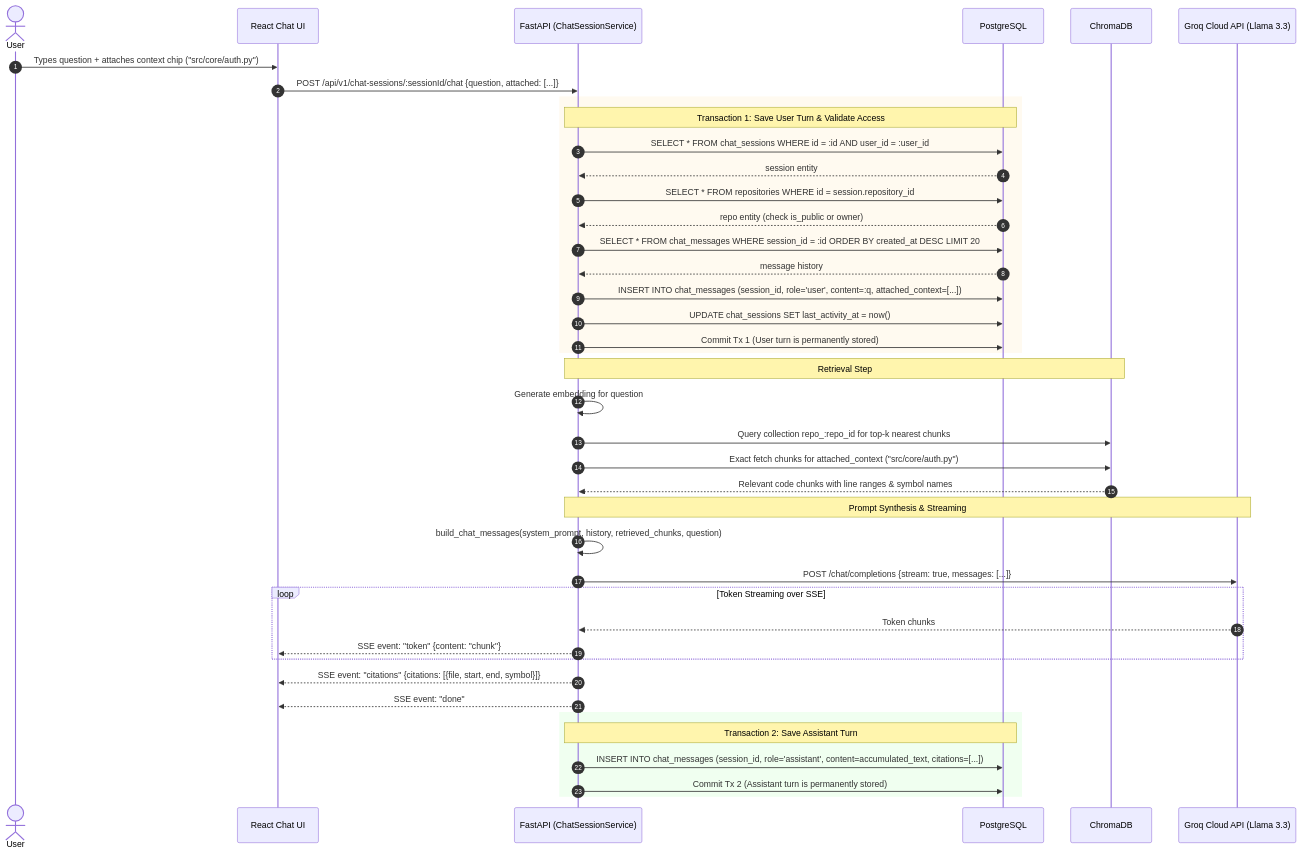
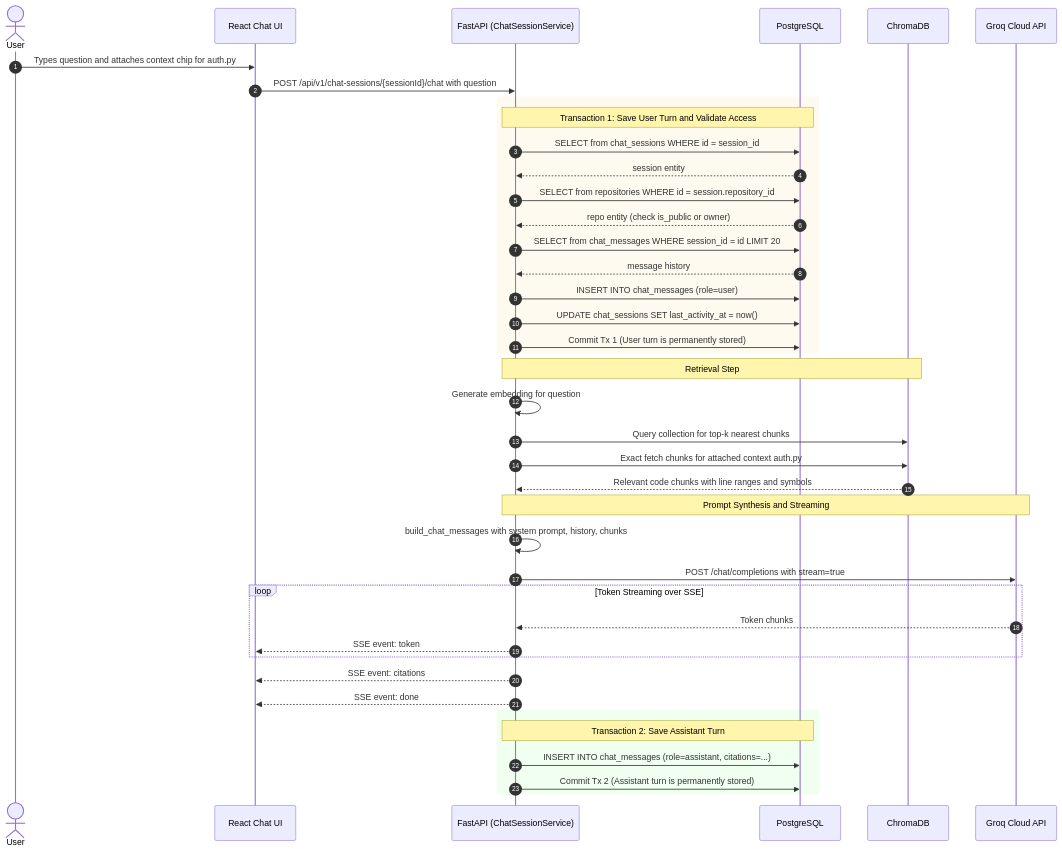
The second of 3 diagrams in vault/09-execution-and-data-flows.md (nikhil-87/CodeSensei), drawn with Mermaid before and after one commit. The commit also changed other lines of this file and 25 other files, not shown here.

Commit message:
docs: initialize comprehensive technical documentation, architecture diagrams, and verification guides in vault and docs directories

````diff
--- a/vault/09-execution-and-data-flows.md
+++ b/vault/09-execution-and-data-flows.md
@@ -98,50 +98,50 @@
 ```mermaid
 sequenceDiagram
     autonumber
     actor User
     participant Browser as React Chat UI
     participant API as FastAPI (ChatSessionService)
     participant DB as PostgreSQL
     participant Chroma as ChromaDB
-    participant LLM as Groq Cloud API (Llama 3.3)
+    participant LLM as Groq Cloud API
 
-    User->>Browser: Types question + attaches context chip ("src/core/auth.py")
-    Browser->>API: POST /api/v1/chat-sessions/:sessionId/chat {question, attached: [...]}
+    User->>Browser: Types question and attaches context chip for auth.py
+    Browser->>API: POST /api/v1/chat-sessions/{sessionId}/chat with question
 
     rect rgb(255, 250, 240)
-        Note over API,DB: Transaction 1: Save User Turn & Validate Access
-        API->>DB: SELECT * FROM chat_sessions WHERE id = :id AND user_id = :user_id
+        Note over API,DB: Transaction 1: Save User Turn and Validate Access
+        API->>DB: SELECT from chat_sessions WHERE id = session_id
         DB-->>API: session entity
-        API->>DB: SELECT * FROM repositories WHERE id = session.repository_id
+        API->>DB: SELECT from repositories WHERE id = session.repository_id
         DB-->>API: repo entity (check is_public or owner)
-        API->>DB: SELECT * FROM chat_messages WHERE session_id = :id ORDER BY created_at DESC LIMIT 20
+        API->>DB: SELECT from chat_messages WHERE session_id = id LIMIT 20
         DB-->>API: message history
-        API->>DB: INSERT INTO chat_messages (session_id, role='user', content=:q, attached_context=[...])
+        API->>DB: INSERT INTO chat_messages (role=user)
         API->>DB: UPDATE chat_sessions SET last_activity_at = now()
         API->>DB: Commit Tx 1 (User turn is permanently stored)
     end
 
     Note over API,Chroma: Retrieval Step
     API->>API: Generate embedding for question
-    API->>Chroma: Query collection repo_:repo_id for top-k nearest chunks
-    API->>Chroma: Exact fetch chunks for attached_context ("src/core/auth.py")
-    Chroma-->>API: Relevant code chunks with line ranges & symbol names
+    API->>Chroma: Query collection for top-k nearest chunks
+    API->>Chroma: Exact fetch chunks for attached context auth.py
+    Chroma-->>API: Relevant code chunks with line ranges and symbols
 
-    Note over API,LLM: Prompt Synthesis & Streaming
-    API->>API: build_chat_messages(system_prompt, history, retrieved_chunks, question)
-    API->>LLM: POST /chat/completions {stream: true, messages: [...]}
+    Note over API,LLM: Prompt Synthesis and Streaming
+    API->>API: build_chat_messages with system prompt, history, chunks
+    API->>LLM: POST /chat/completions with stream=true
     
     loop Token Streaming over SSE
         LLM-->>API: Token chunks
-        API-->>Browser: SSE event: "token" {content: "chunk"}
+        API-->>Browser: SSE event: token
     end
 
-    API-->>Browser: SSE event: "citations" {citations: [{file, start, end, symbol}]}
-    API-->>Browser: SSE event: "done"
+    API-->>Browser: SSE event: citations
+    API-->>Browser: SSE event: done
 
     rect rgb(240, 255, 240)
         Note over API,DB: Transaction 2: Save Assistant Turn
-        API->>DB: INSERT INTO chat_messages (session_id, role='assistant', content=accumulated_text, citations=[...])
+        API->>DB: INSERT INTO chat_messages (role=assistant, citations=...)
         API->>DB: Commit Tx 2 (Assistant turn is permanently stored)
     end
 ```
````
